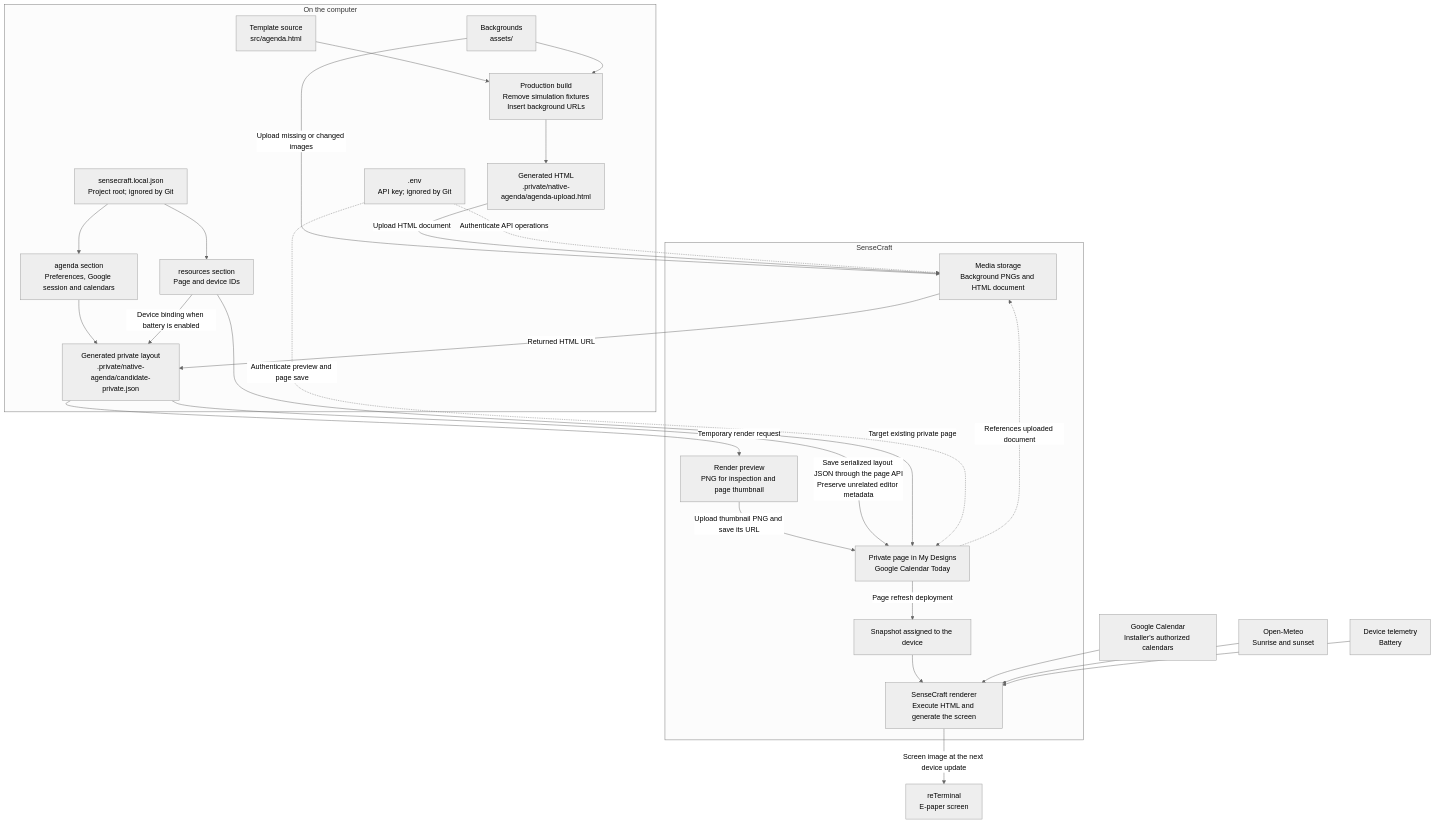
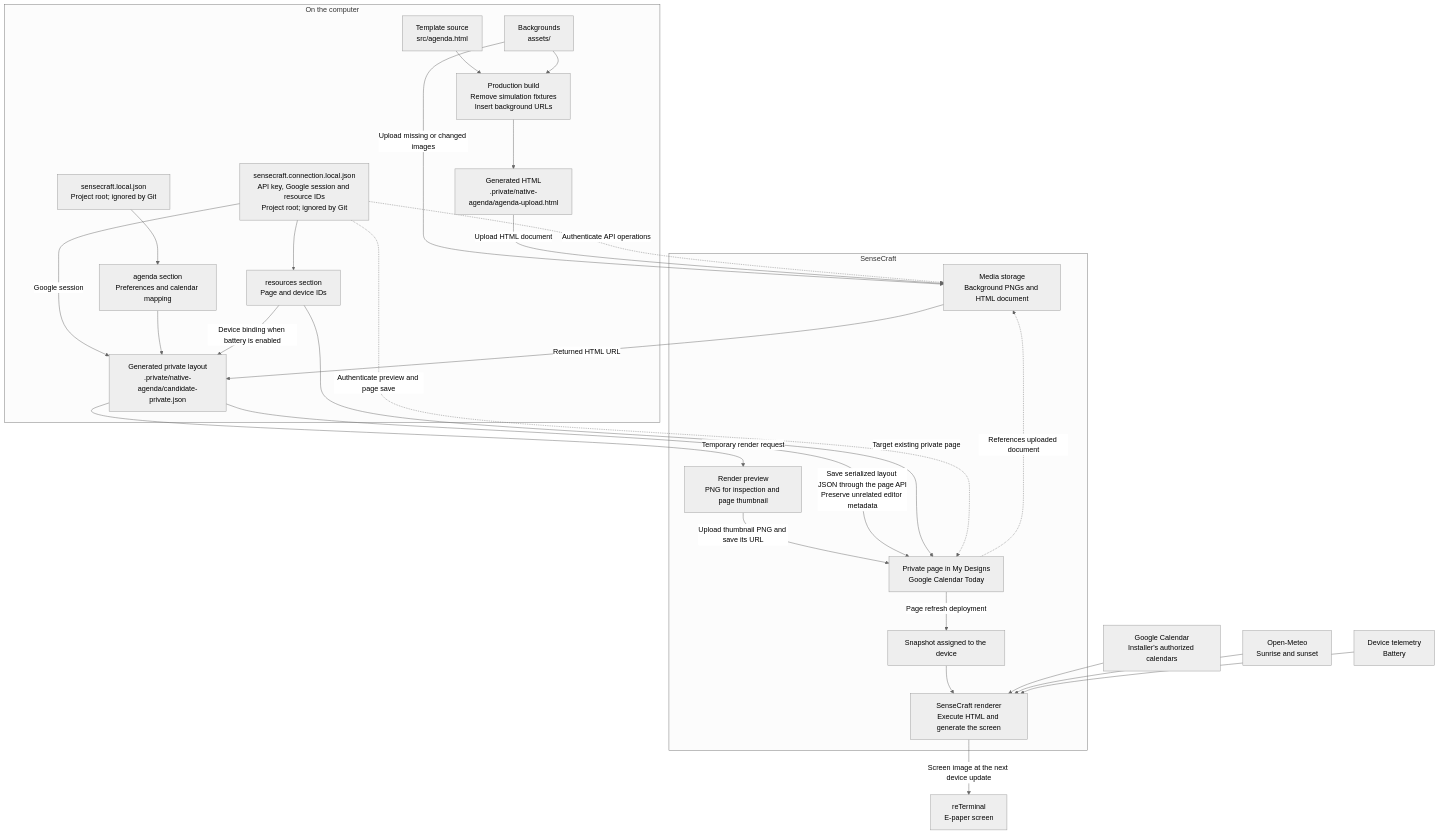
Before and after one commit to marcomc/reTerminal: the diagram in docs/sensecraft-private-publication.md, drawn with Mermaid (neutral theme). The commit also changed other lines of this file and 23 other files, not shown here.

````diff
--- a/docs/sensecraft-private-publication.md
+++ b/docs/sensecraft-private-publication.md
@@ -20,57 +20,58 @@
 ```mermaid
 flowchart TD
     accTitle: Private SenseCraft publication
     accDescr: Local sources and ignored configuration produce uploaded media and a private account page, which SenseCraft renders for the device.
 
     subgraph PC["On the computer"]
         SRC["Template source<br/>src/agenda.html"]
         ART["Backgrounds<br/>assets/"]
-        ENV[".env<br/>API key; ignored by Git"]
+        ENV["sensecraft.connection.local.json<br/>API key, Google session and resource IDs<br/>Project root; ignored by Git"]
         LOCAL["sensecraft.local.json<br/>Project root; ignored by Git"]
-        CFG["agenda section<br/>Preferences, Google session and calendars"]
+        CFG["agenda section<br/>Preferences and calendar mapping"]
         IDS["resources section<br/>Page and device IDs"]
         BUILD["Production build<br/>Remove simulation fixtures<br/>Insert background URLs"]
         HTML["Generated HTML<br/>.private/native-agenda/agenda-upload.html"]
         LAYOUT["Generated private layout<br/>.private/native-agenda/candidate-private.json"]
 
         LOCAL --> CFG
-        LOCAL --> IDS
+        ENV --> IDS
+        ENV -->|"Google session"| LAYOUT
         SRC --> BUILD
         ART --> BUILD
         BUILD --> HTML
         CFG --> LAYOUT
         IDS -->|"Device binding when battery is enabled"| LAYOUT
     end
 
     subgraph CLOUD["SenseCraft"]
         MEDIA["Media storage<br/>Background PNGs and HTML document"]
         PREVIEW["Render preview<br/>PNG for inspection and page thumbnail"]
         PAGE["Private page in My Designs<br/>Google Calendar Today"]
         SNAP["Snapshot assigned to the device"]
         RENDER["SenseCraft renderer<br/>Execute HTML and generate the screen"]
 
         PAGE -->|"Page refresh deployment"| SNAP
         SNAP --> RENDER
         PAGE -.->|"References uploaded document"| MEDIA
     end
 
     ART -->|"Upload missing or changed images"| MEDIA
     HTML -->|"Upload HTML document"| MEDIA
     MEDIA -->|"Returned HTML URL"| LAYOUT
     LAYOUT -->|"Temporary render request"| PREVIEW
     PREVIEW -->|"Upload thumbnail PNG and save its URL"| PAGE
     LAYOUT -->|"Save serialized layout JSON through the page API<br/>Preserve unrelated editor metadata"| PAGE
     IDS -->|"Target existing private page"| PAGE
     ENV -.->|"Authenticate API operations"| MEDIA
     ENV -.->|"Authenticate preview and page save"| PAGE
 
     GOOGLE["Google Calendar<br/>Installer's authorized calendars"]
     WEATHER["Open-Meteo<br/>Sunrise and sunset"]
     BAT["Device telemetry<br/>Battery"]
     DISPLAY["reTerminal<br/>E-paper screen"]
 
     GOOGLE --> RENDER
     WEATHER --> RENDER
     BAT --> RENDER
     RENDER -->|"Screen image at the next device update"| DISPLAY
 ```
````
